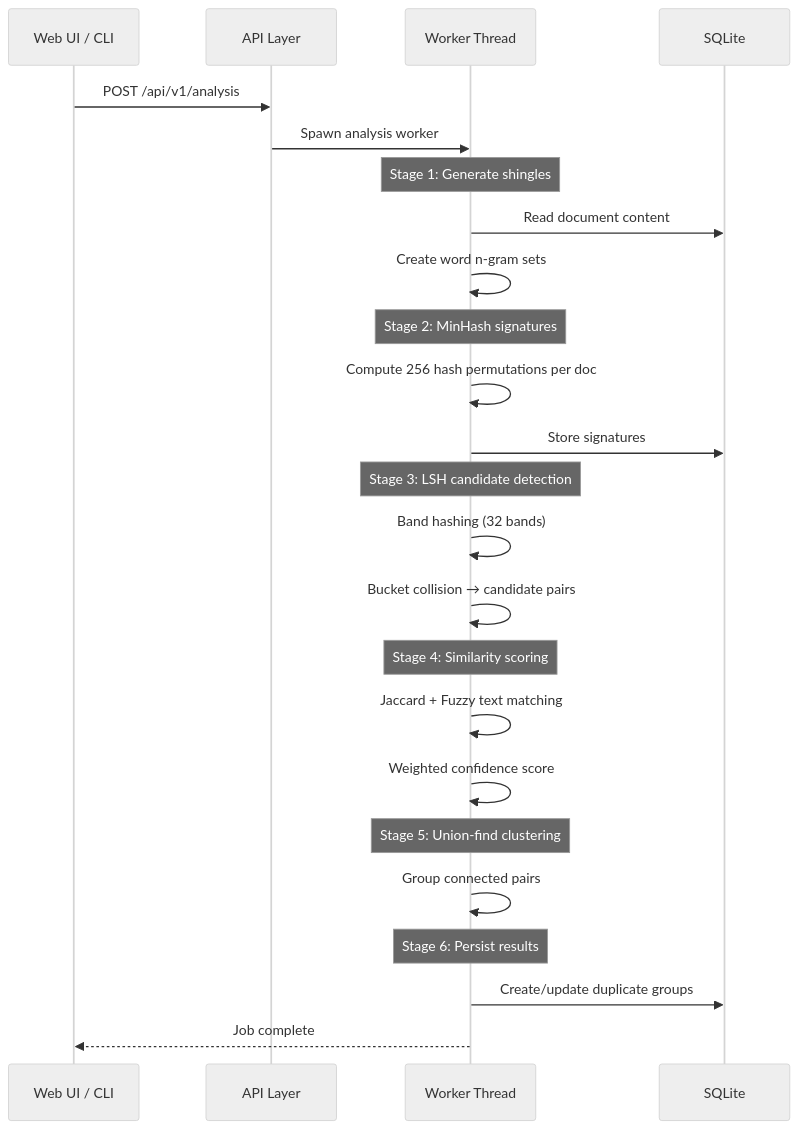
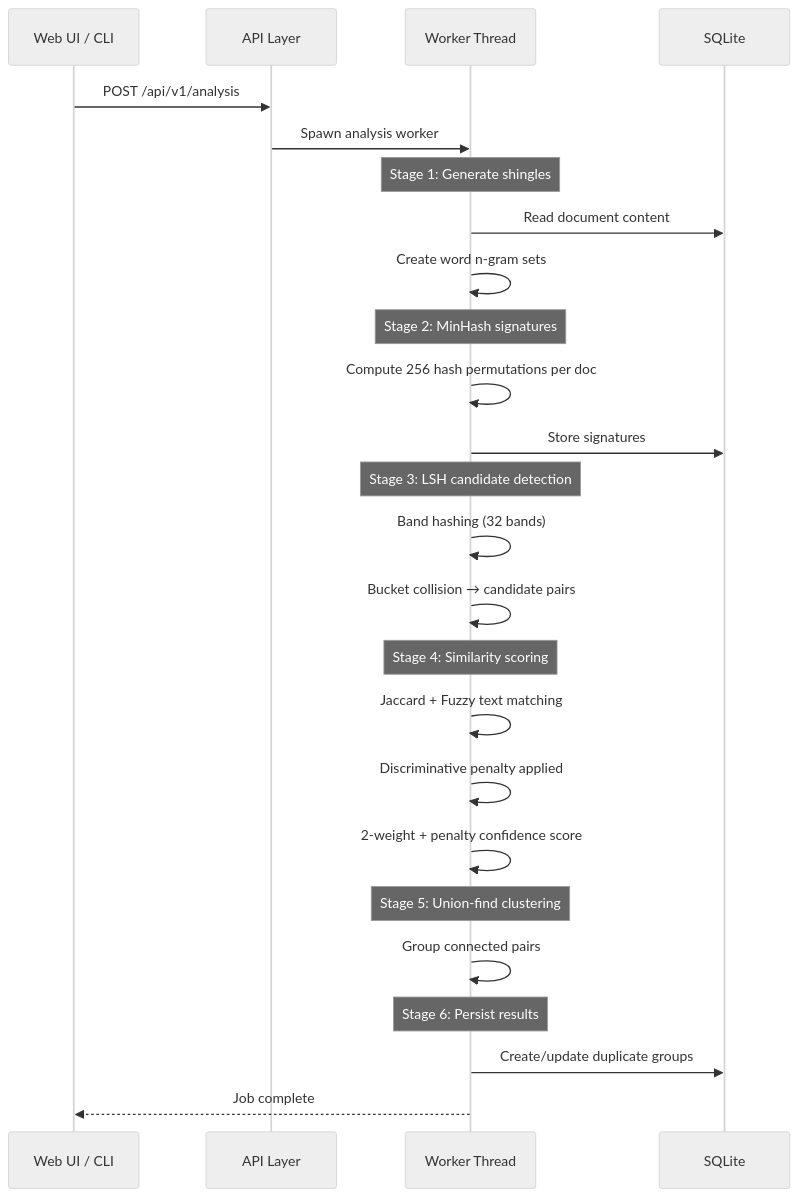
The third of 5 diagrams in docs/architecture.md (rknightion/paperless-ngx-dedupe), drawn with Mermaid (neutral theme) before and after one commit. The commit also changed other lines of this file and 13 other files, not shown here.

First line of the commit message:
docs: update documentation for discriminative penalty scoring model

````diff
--- a/docs/architecture.md
+++ b/docs/architecture.md
@@ -124,33 +130,34 @@
 ```mermaid
 sequenceDiagram
     participant UI as Web UI / CLI
     participant API as API Layer
     participant W as Worker Thread
     participant DB as SQLite
 
     UI->>API: POST /api/v1/analysis
     API->>W: Spawn analysis worker
 
     Note over W: Stage 1: Generate shingles
     W->>DB: Read document content
     W->>W: Create word n-gram sets
 
     Note over W: Stage 2: MinHash signatures
     W->>W: Compute 256 hash permutations per doc
     W->>DB: Store signatures
 
     Note over W: Stage 3: LSH candidate detection
     W->>W: Band hashing (32 bands)
     W->>W: Bucket collision → candidate pairs
 
     Note over W: Stage 4: Similarity scoring
     W->>W: Jaccard + Fuzzy text matching
-    W->>W: Weighted confidence score
+    W->>W: Discriminative penalty applied
+    W->>W: 2-weight + penalty confidence score
 
     Note over W: Stage 5: Union-find clustering
     W->>W: Group connected pairs
 
     Note over W: Stage 6: Persist results
     W->>DB: Create/update duplicate groups
     W-->>UI: Job complete
 ```
````
